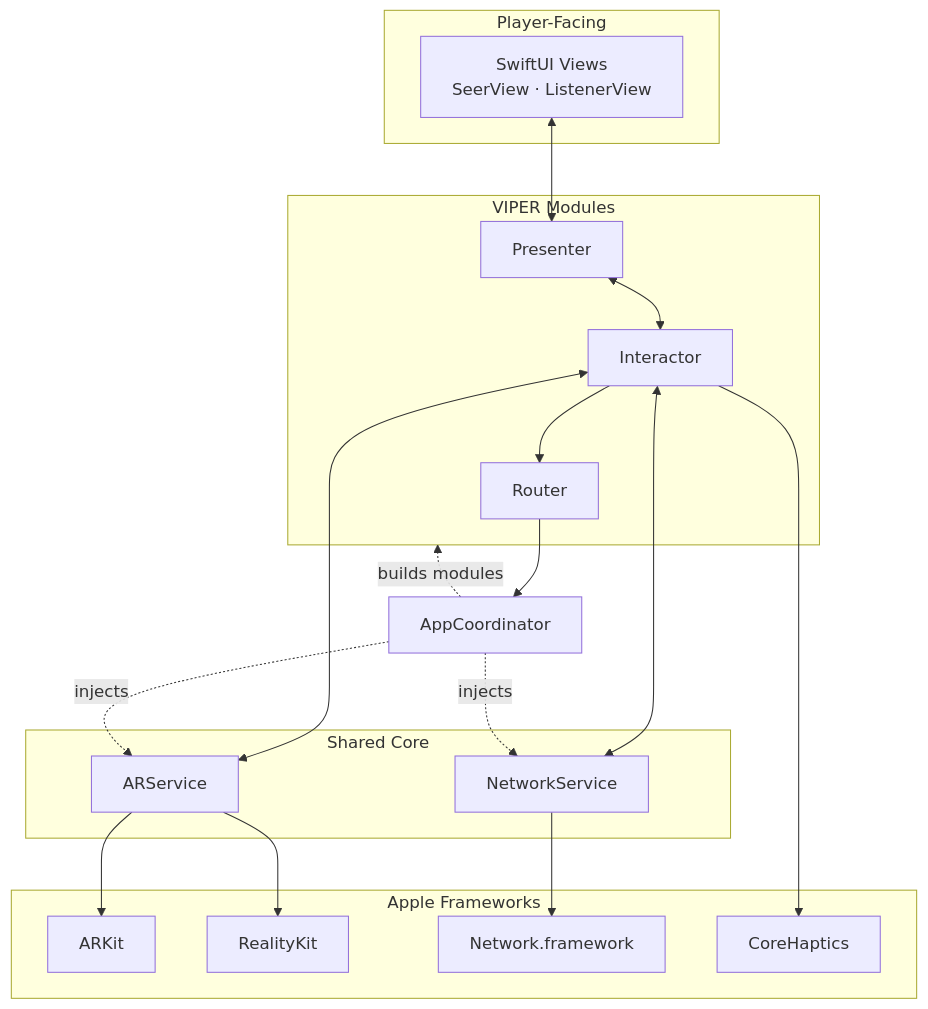
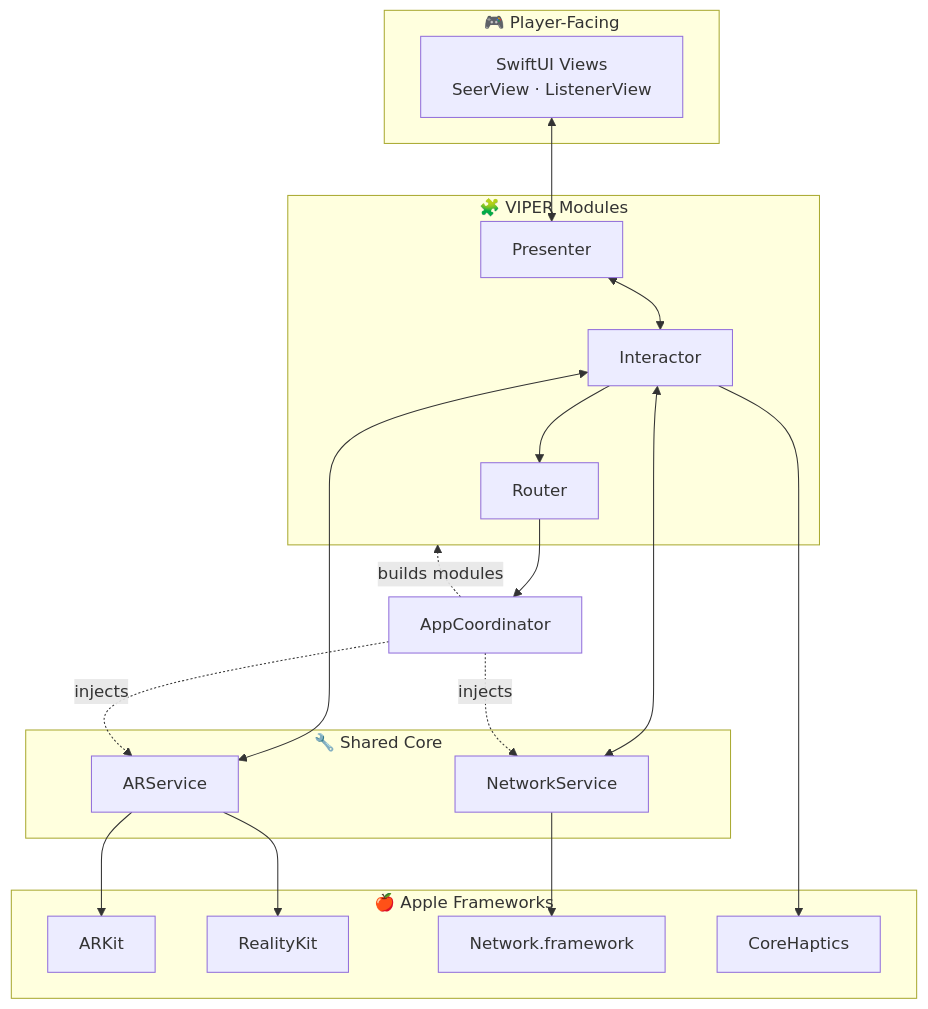
The third of 11 diagrams in README.md (bhanage-viraj/Split-Mechanics), drawn with Mermaid before and after one commit. The commit also changed other lines of this file and 6 other files, not shown here.

````diff
--- a/README.md
+++ b/README.md
@@ -157,41 +158,41 @@
 ```mermaid
 flowchart TB
-    subgraph Player["Player-Facing"]
+    subgraph Player["🎮 Player-Facing"]
         VIEW["SwiftUI Views<br/>SeerView · ListenerView"]
     end
 
-    subgraph VIPER["VIPER Modules"]
+    subgraph VIPER["🧩 VIPER Modules"]
         PRES["Presenter"]
         INTER["Interactor"]
         ROUTE["Router"]
     end
 
-    subgraph Core["Shared Core"]
+    subgraph Core["🔧 Shared Core"]
         AR["ARService"]
         NET["NetworkService"]
     end
 
-    subgraph Apple["Apple Frameworks"]
+    subgraph Apple["🍎 Apple Frameworks"]
         ARKIT["ARKit"]
         RK["RealityKit"]
         NW["Network.framework"]
         CH["CoreHaptics"]
     end
 
     COORD["AppCoordinator"]
 
     VIEW <--> PRES
     PRES <--> INTER
     INTER --> ROUTE
     ROUTE --> COORD
 
     INTER <--> AR
     INTER <--> NET
 
     AR --> ARKIT & RK
     NET --> NW
     INTER --> CH
 
     COORD -.->|injects| AR & NET
     COORD -.->|builds modules| VIPER
 ```
````
